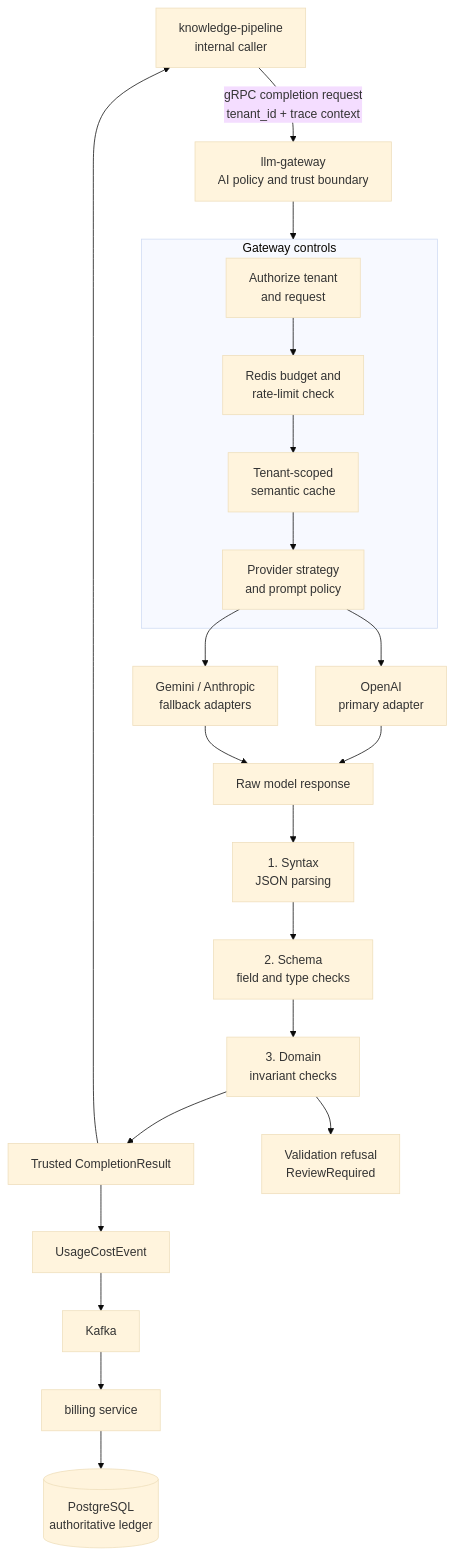
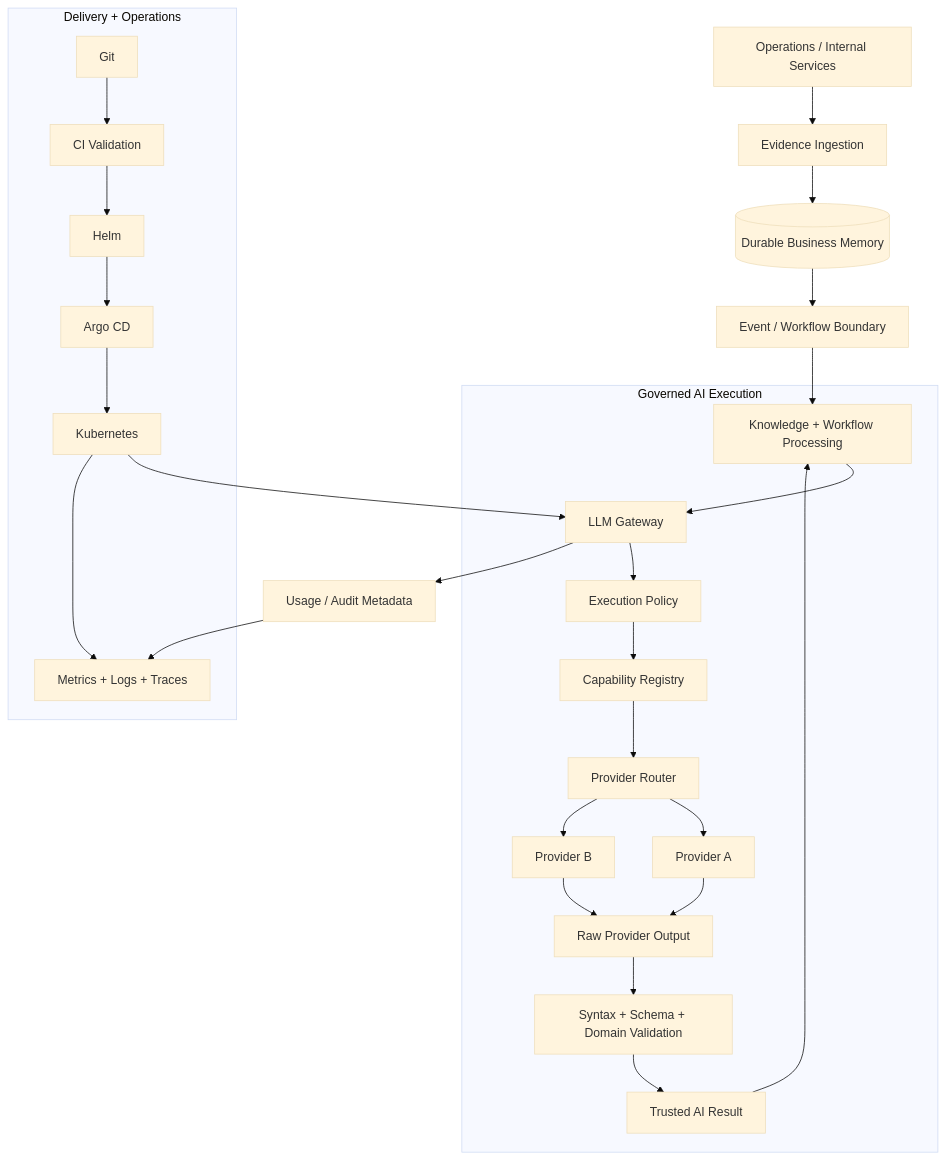
Before and after one commit to Tanmoy095/Logiflow-platform: the first of 9 diagrams in README.md, drawn with Mermaid (base theme). The commit also changed other lines of this file and 3 other files, not shown here.

First line of the commit message:
docs(llm-gateway): consolidate and update architecture documentation

````diff
--- a/README.md
+++ b/README.md
@@ -77,29 +176,34 @@
 ```mermaid
 flowchart TB
-	client[knowledge-pipeline\ninternal caller] -->|gRPC completion request\ntenant_id + trace context| gateway[llm-gateway\nAI policy and trust boundary]
+    actor[Operations / Internal Services] --> ingest[Evidence Ingestion]
+    ingest --> memory[(Durable Business Memory)]
 
-	subgraph controls[Gateway controls]
-		identity[Authorize tenant\nand request]
-		budget[Redis budget and\nrate-limit check]
-		cache[Tenant-scoped\nsemantic cache]
-		policy[Provider strategy\nand prompt policy]
-		identity --> budget --> cache --> policy
-	end
+    memory --> events[Event / Workflow Boundary]
+    events --> processing[Knowledge + Workflow Processing]
+    processing --> gateway[LLM Gateway]
 
-	gateway --> controls
-	policy --> primary[OpenAI\nprimary adapter]
-	policy --> secondary[Gemini / Anthropic\nfallback adapters]
-	primary --> response[Raw model response]
-	secondary --> response
-	response --> syntax[1. Syntax\nJSON parsing]
-	syntax --> schema[2. Schema\nfield and type checks]
-	schema --> domain[3. Domain\ninvariant checks]
-	domain --> trusted[Trusted CompletionResult]
-	domain --> refusal[Validation refusal\nReviewRequired]
+    subgraph ai[Governed AI Execution]
+        gateway --> policy[Execution Policy]
+        policy --> registry[Capability Registry]
+        registry --> router[Provider Router]
+        router --> providerA[Provider A]
+        router --> providerB[Provider B]
+        providerA --> raw[Raw Provider Output]
+        providerB --> raw
+        raw --> validate[Syntax + Schema + Domain Validation]
+        validate --> trusted[Trusted AI Result]
+        trusted --> processing
+    end
 
-	trusted --> client
-	trusted --> usage[UsageCostEvent]
-	usage --> kafka[Kafka]
-	kafka --> billing[billing service]
-	billing --> ledger[(PostgreSQL\nauthoritative ledger)]
+    gateway --> usage[Usage / Audit Metadata]
+    usage --> telemetry[Metrics + Logs + Traces]
+
+    subgraph platform[Delivery + Operations]
+        git[Git] --> ci[CI Validation]
+        ci --> helm[Helm]
+        helm --> argo[Argo CD]
+        argo --> k8s[Kubernetes]
+        k8s --> gateway
+        k8s --> telemetry
+    end
 ```
````
